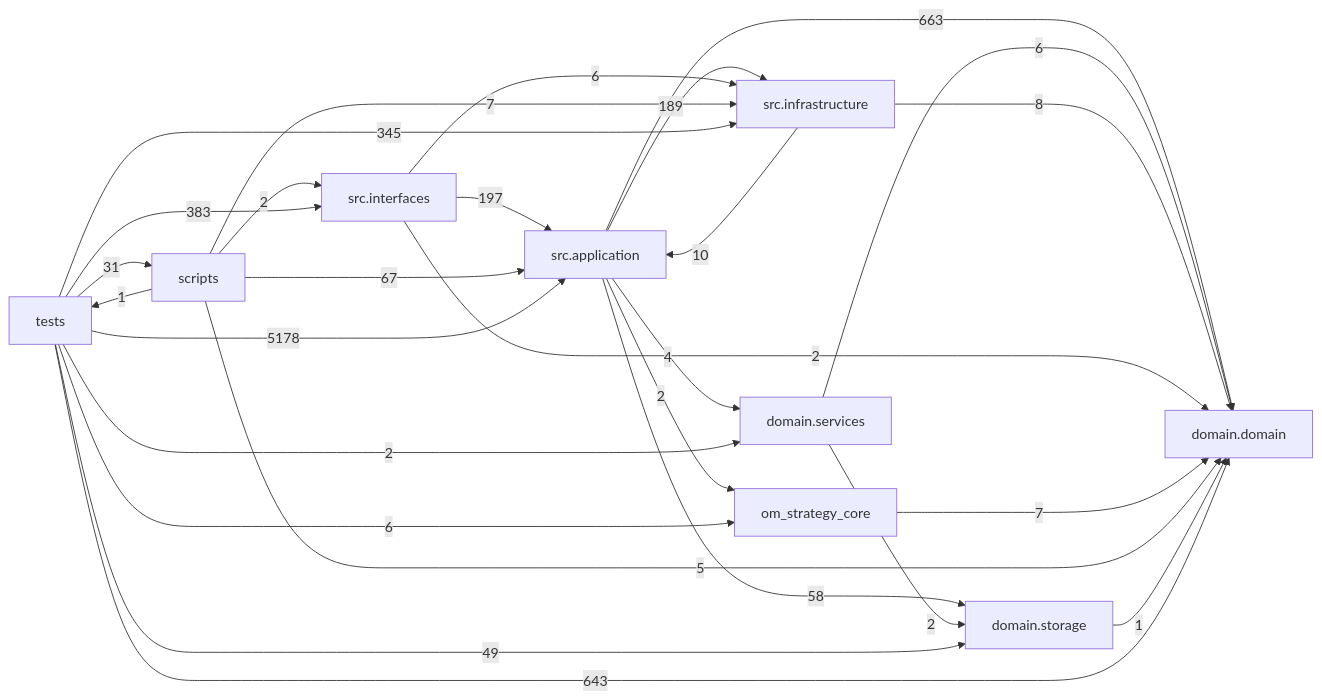
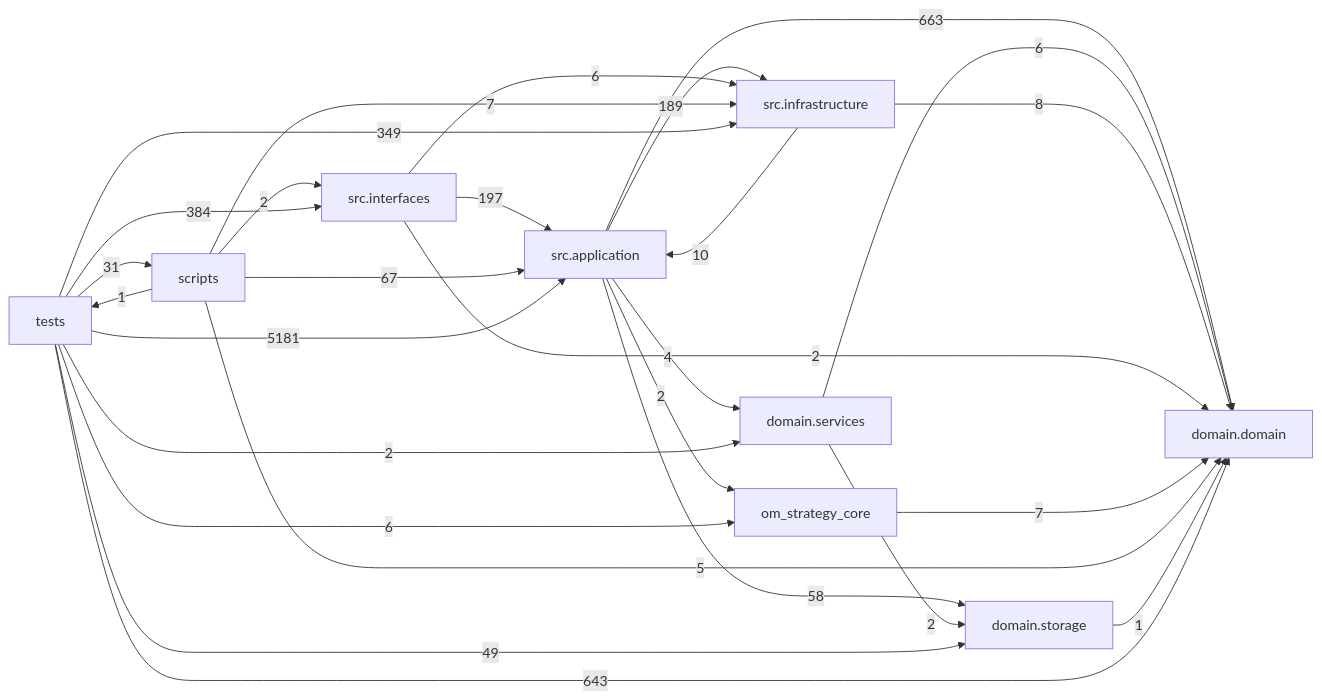
One commit to liuxie066/options-monitor changed the diagram in docs/DEPENDENCY_GRAPH.md. Above: the diagram before and after it, drawn with Mermaid. The commit also changed other lines of this file and 6 other files, not shown here.

````diff
--- a/docs/DEPENDENCY_GRAPH.md
+++ b/docs/DEPENDENCY_GRAPH.md
@@ -24,38 +24,38 @@
 ```mermaid
 flowchart LR
   tests["tests"]
   scripts["scripts"]
   interfaces["src.interfaces"]
   application["src.application"]
   infrastructure["src.infrastructure"]
   domain_services["domain.services"]
   domain["domain.domain"]
   storage["domain.storage"]
   application -->|663| domain
   application -->|4| domain_services
   application -->|189| infrastructure
   application -->|2| om_strategy_core
   application -->|58| storage
   domain_services -->|6| domain
   domain_services -->|2| storage
   infrastructure -->|10| application
   infrastructure -->|8| domain
   interfaces -->|197| application
   interfaces -->|2| domain
   interfaces -->|6| infrastructure
   om_strategy_core -->|7| domain
   scripts -->|67| application
   scripts -->|5| domain
   scripts -->|7| infrastructure
   scripts -->|2| interfaces
   scripts -->|1| tests
   storage -->|1| domain
-  tests -->|5178| application
+  tests -->|5181| application
   tests -->|643| domain
   tests -->|2| domain_services
-  tests -->|345| infrastructure
-  tests -->|383| interfaces
+  tests -->|349| infrastructure
+  tests -->|384| interfaces
   tests -->|6| om_strategy_core
   tests -->|31| scripts
   tests -->|49| storage
 ```
````
